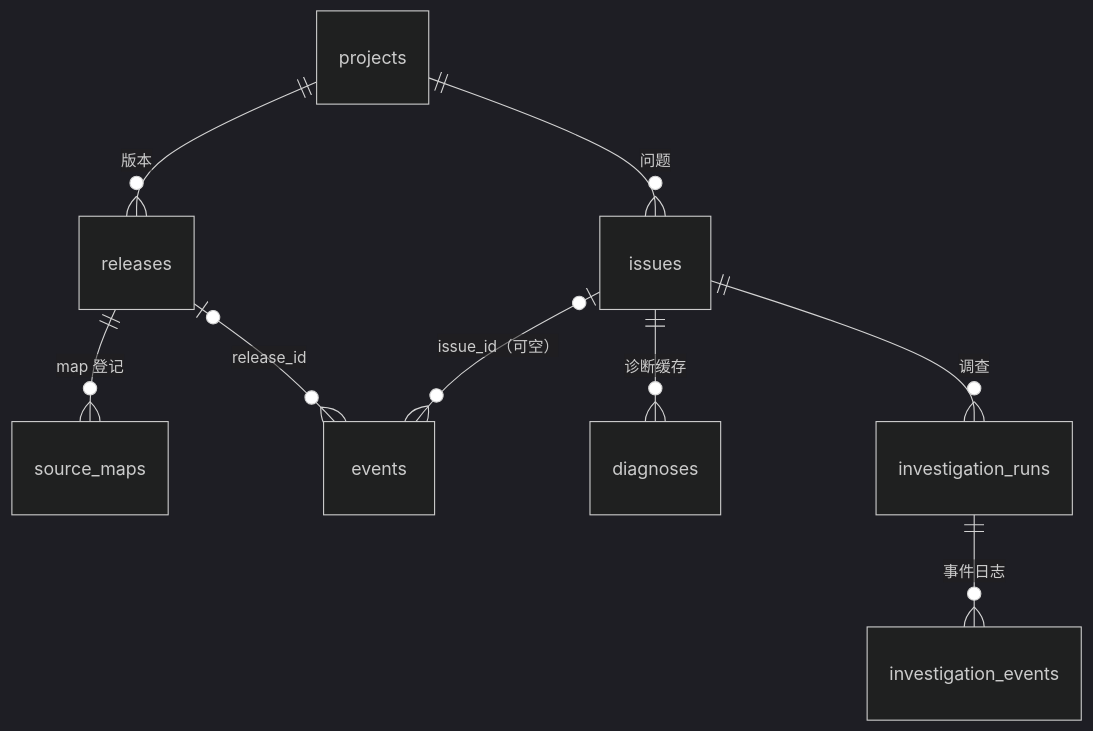
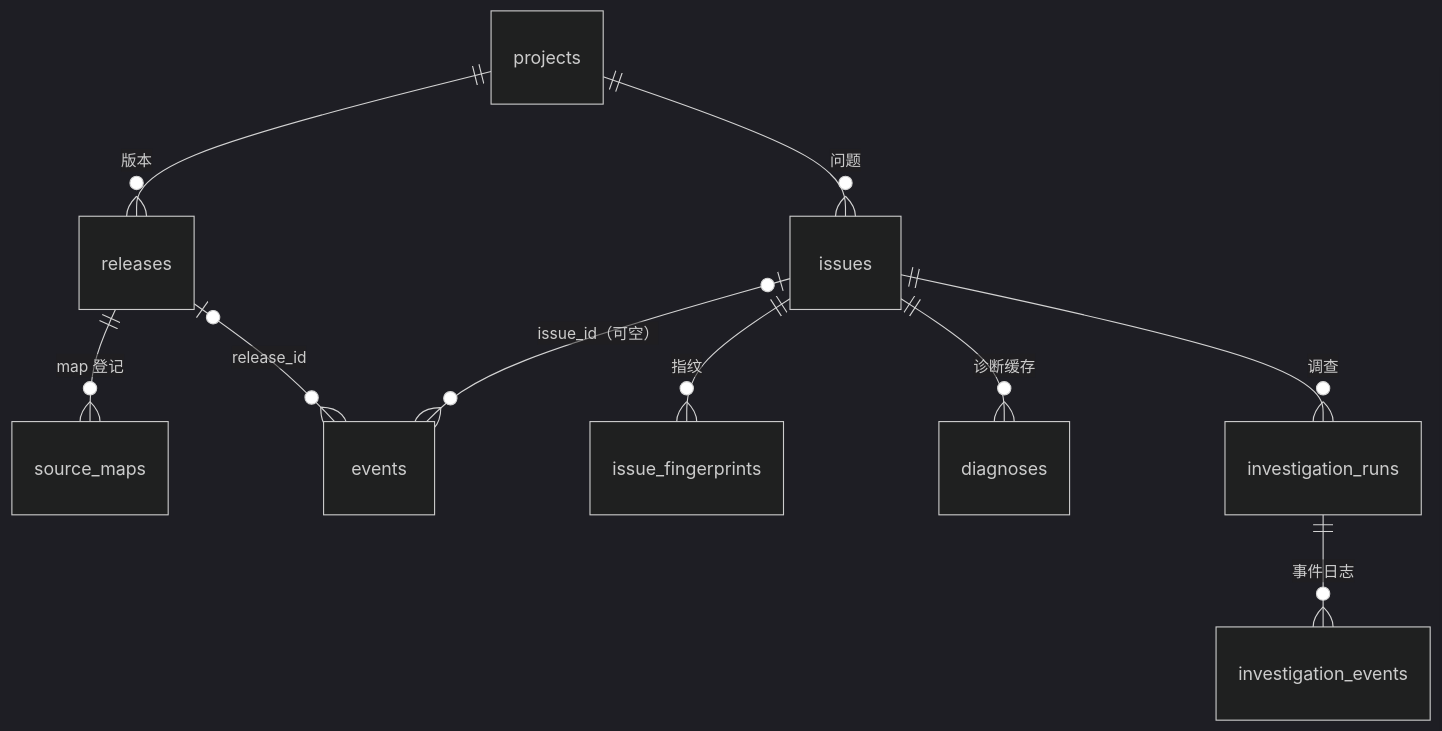
Before and after one commit to guiwzh/tracepilot: the second of 5 diagrams in docs/server.md, drawn with Mermaid (dark theme). The commit also changed other lines of this file and 29 other files, not shown here.

````diff
--- a/docs/server.md
+++ b/docs/server.md
@@ -231,11 +233,12 @@
 ```mermaid
 erDiagram
   projects ||--o{ releases : "版本"
   projects ||--o{ issues : "问题"
   releases ||--o{ source_maps : "map 登记"
   releases |o--o{ events : "release_id"
+  issues ||--o{ issue_fingerprints : "指纹"
   issues |o--o{ events : "issue_id（可空）"
   issues ||--o{ diagnoses : "诊断缓存"
   issues ||--o{ investigation_runs : "调查"
   investigation_runs ||--o{ investigation_events : "事件日志"
 ```
````
